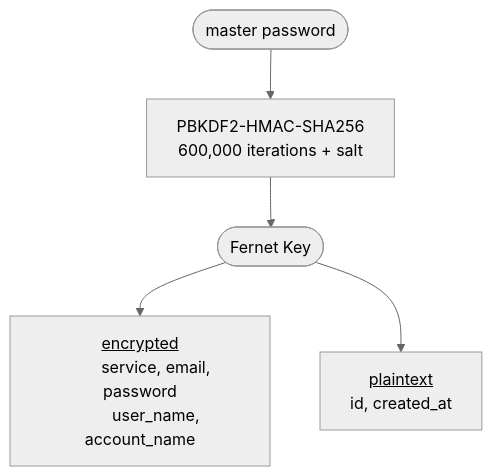
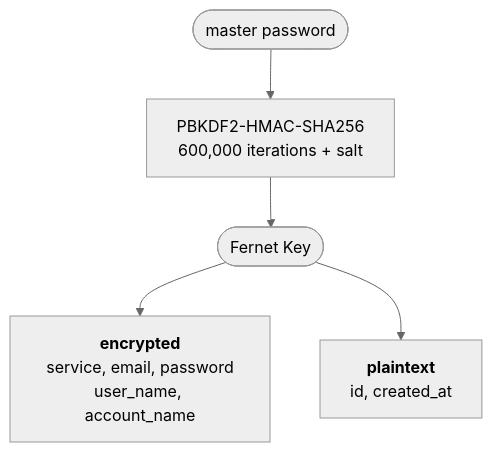
The diagram in README.md (alandella/pswman), drawn with Mermaid (neutral theme) before and after one commit.

Commit message:
Update encryption process diagram in README

````diff
--- a/README.md
+++ b/README.md
@@ -47,12 +47,11 @@
 ```mermaid
 flowchart TD
-    A([master password]) --> B[PBKDF2-HMAC-SHA256
-	600,000 iterations + salt]
-    B --> C([Fernet Key])
-    C --> D[<u>encrypted</u>
-	service, email, password
-	user_name, account_name
-	]
-    C --> E[<u>plaintext</u>
-	id, created_at]
+    A(["`master password`"]) --> B["`PBKDF2-HMAC-SHA256
+600,000 iterations + salt`"]
+    B --> C(["`Fernet Key`"])
+    C --> D["`**encrypted**
+service, email, password
+user_name, account_name`"]
+    C --> E["`**plaintext**
+id, created_at`"]
 ```
````
